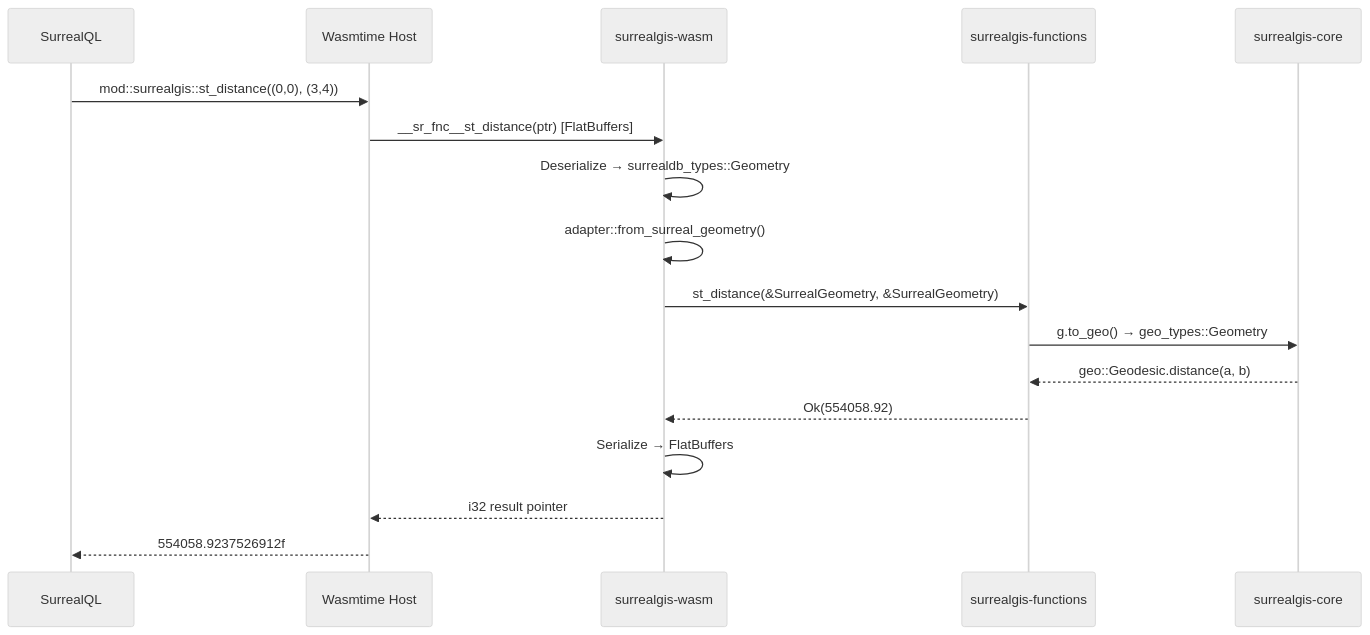
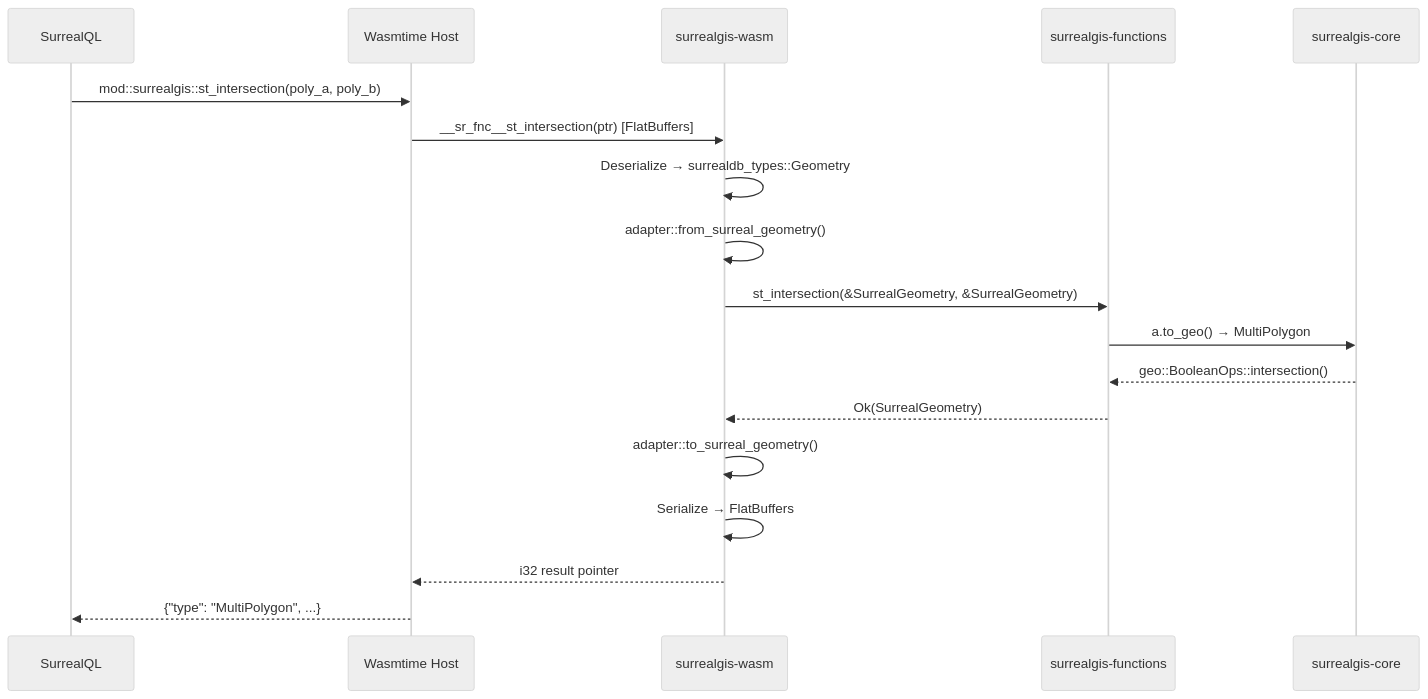
The second of 4 diagrams in README.md (nitin84india/surreal-gis), drawn with Mermaid (neutral theme) before and after one commit. The commit also changed other lines of this file and 46 other files, not shown here.

````diff
--- a/README.md
+++ b/README.md
@@ -51,20 +58,21 @@
 ```mermaid
 sequenceDiagram
     participant SQL as SurrealQL
     participant Host as Wasmtime Host
     participant WASM as surrealgis-wasm
     participant FN as surrealgis-functions
     participant Core as surrealgis-core
 
-    SQL->>Host: mod::surrealgis::st_distance((0,0), (3,4))
-    Host->>WASM: __sr_fnc__st_distance(ptr) [FlatBuffers]
+    SQL->>Host: mod::surrealgis::st_intersection(poly_a, poly_b)
+    Host->>WASM: __sr_fnc__st_intersection(ptr) [FlatBuffers]
     WASM->>WASM: Deserialize → surrealdb_types::Geometry
     WASM->>WASM: adapter::from_surreal_geometry()
-    WASM->>FN: st_distance(&SurrealGeometry, &SurrealGeometry)
-    FN->>Core: g.to_geo() → geo_types::Geometry
-    Core-->>FN: geo::Geodesic.distance(a, b)
-    FN-->>WASM: Ok(554058.92)
+    WASM->>FN: st_intersection(&SurrealGeometry, &SurrealGeometry)
+    FN->>Core: a.to_geo() → MultiPolygon
+    Core-->>FN: geo::BooleanOps::intersection()
+    FN-->>WASM: Ok(SurrealGeometry)
+    WASM->>WASM: adapter::to_surreal_geometry()
     WASM->>WASM: Serialize → FlatBuffers
     WASM-->>Host: i32 result pointer
-    Host-->>SQL: 554058.9237526912f
+    Host-->>SQL: {"type": "MultiPolygon", ...}
 ```
````
